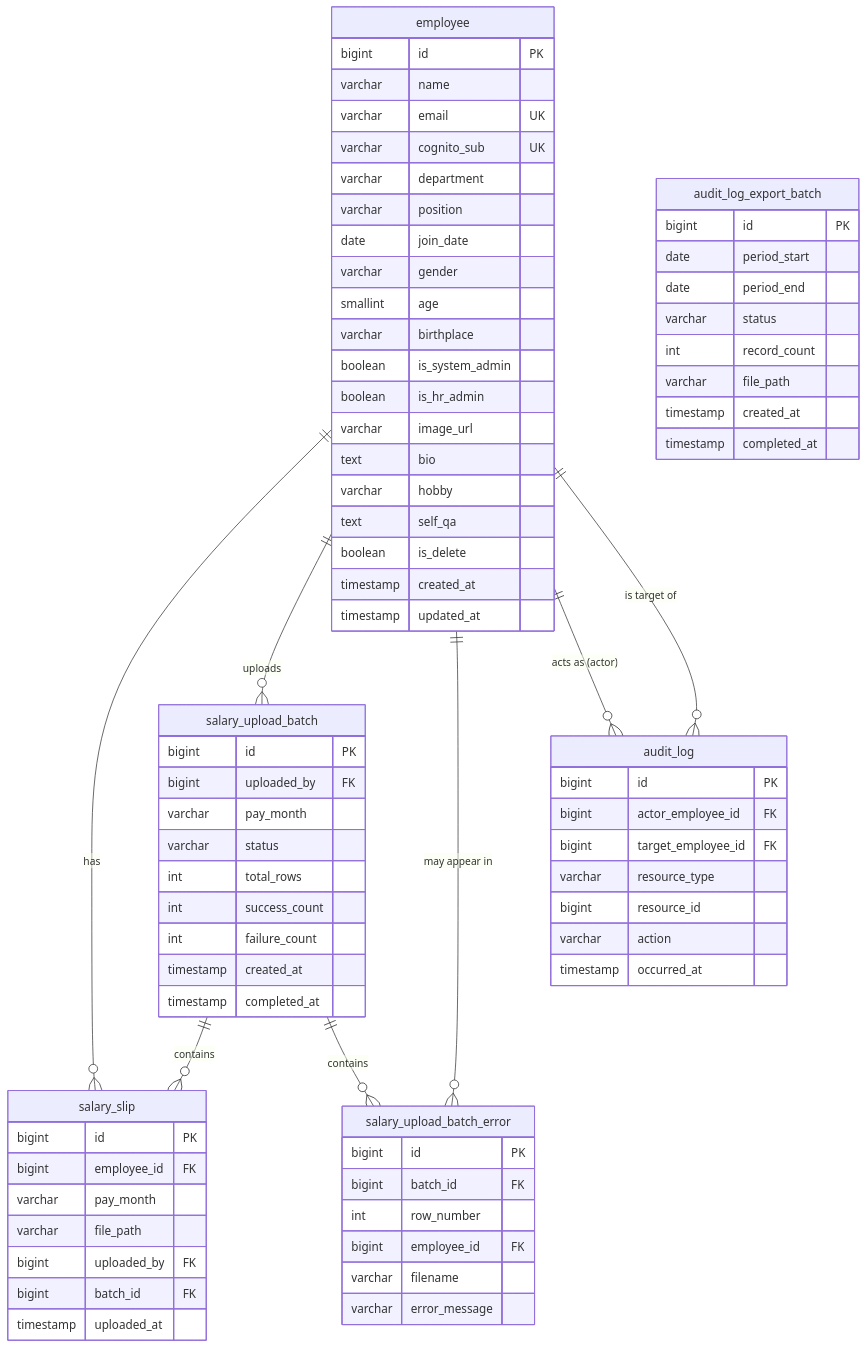
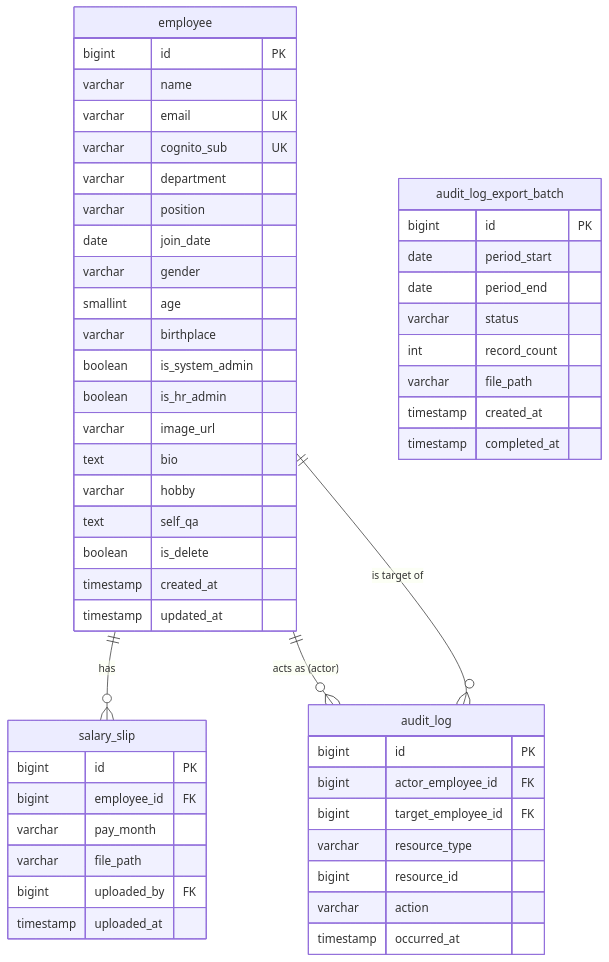
The diagram in docs/er-diagram.mmd (rintarochiba-ctrl/Pontal1), drawn with Mermaid before and after one commit. The commit also changed 12 other files, not shown here.

```diff
--- a/docs/er-diagram.mmd
+++ b/docs/er-diagram.mmd
@@ -1,82 +1,56 @@
 erDiagram
     employee ||--o{ salary_slip : "has"
-    employee ||--o{ salary_upload_batch : "uploads"
-    employee ||--o{ salary_upload_batch_error : "may appear in"
     employee ||--o{ audit_log : "acts as (actor)"
     employee ||--o{ audit_log : "is target of"
-    salary_upload_batch ||--o{ salary_slip : "contains"
-    salary_upload_batch ||--o{ salary_upload_batch_error : "contains"
 
     employee {
         bigint id PK
         varchar name
         varchar email UK
         varchar cognito_sub UK
         varchar department
         varchar position
         date join_date
         varchar gender
         smallint age
         varchar birthplace
         boolean is_system_admin
         boolean is_hr_admin
         varchar image_url
         text bio
         varchar hobby
         text self_qa
         boolean is_delete
         timestamp created_at
         timestamp updated_at
     }
 
-    salary_upload_batch {
-        bigint id PK
-        bigint uploaded_by FK
-        varchar pay_month
-        varchar status
-        int total_rows
-        int success_count
-        int failure_count
-        timestamp created_at
-        timestamp completed_at
-    }
-
     salary_slip {
         bigint id PK
         bigint employee_id FK
         varchar pay_month
         varchar file_path
         bigint uploaded_by FK
-        bigint batch_id FK
         timestamp uploaded_at
-    }
-
-    salary_upload_batch_error {
-        bigint id PK
-        bigint batch_id FK
-        int row_number
-        bigint employee_id FK
-        varchar filename
-        varchar error_message
     }
 
     audit_log {
         bigint id PK
         bigint actor_employee_id FK
         bigint target_employee_id FK
         varchar resource_type
         bigint resource_id
         varchar action
         timestamp occurred_at
     }
 
     audit_log_export_batch {
         bigint id PK
         date period_start
         date period_end
         varchar status
         int record_count
         varchar file_path
         timestamp created_at
         timestamp completed_at
     }
```
